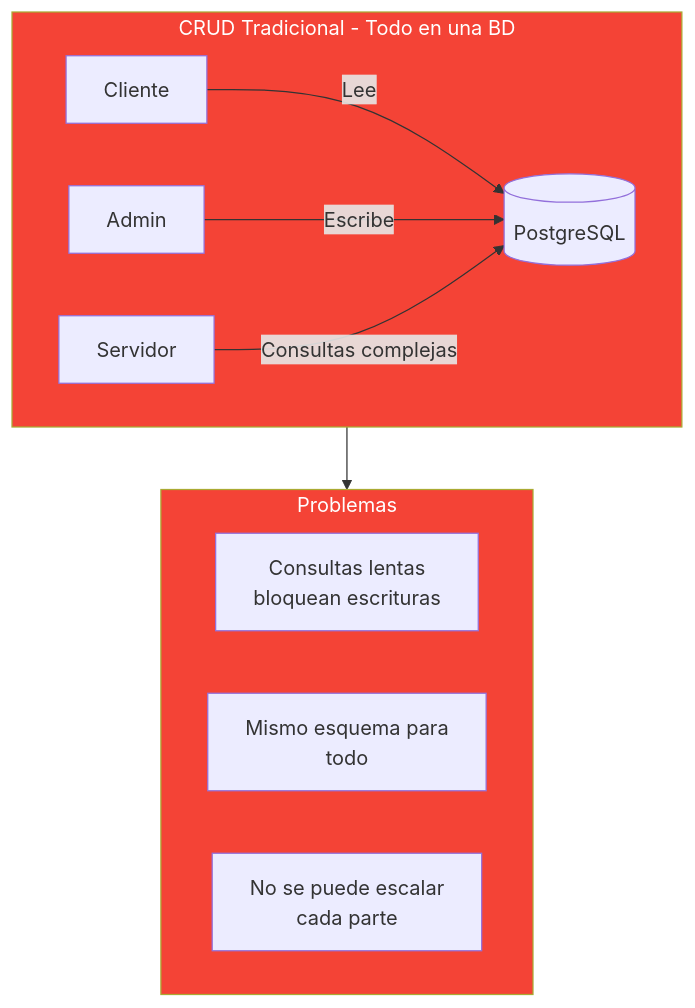
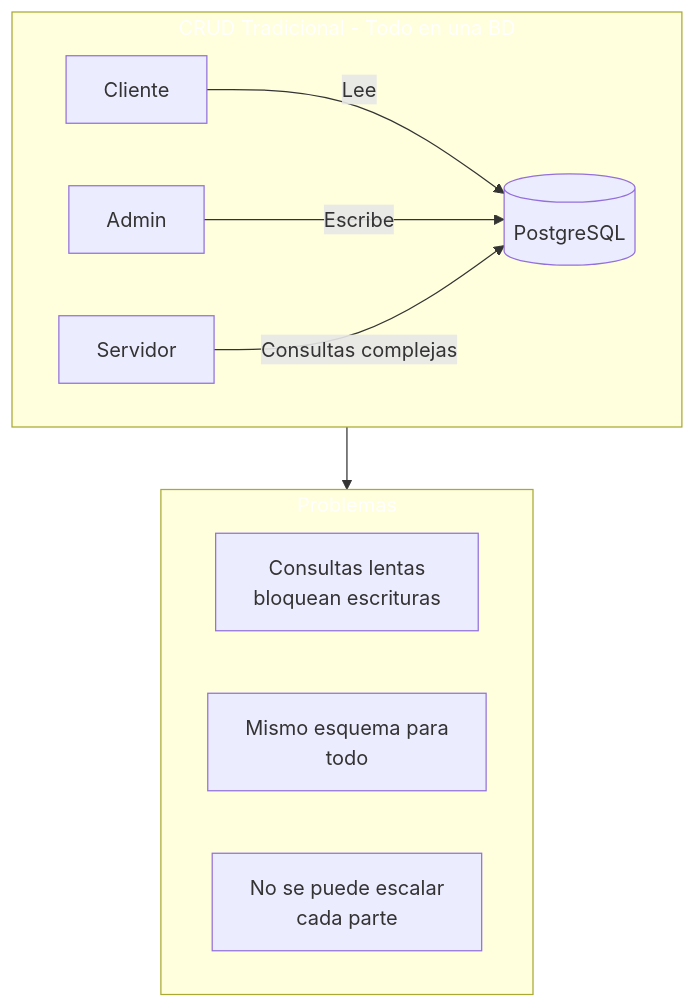
Before and after one commit to joseluisgs/DesarrolloWebEntornosServidor-02-2026-2027: the third of 24 diagrams in 30-cqrs-mediator.md, drawn with Mermaid. The commit also changed other lines of this file and 41 other files, not shown here.

````diff
--- a/30-cqrs-mediator.md
+++ b/30-cqrs-mediator.md
@@ -231,19 +231,19 @@
 ```mermaid
 flowchart TD
     subgraph TRADICIONAL["CRUD Tradicional - Todo en una BD"]
         A[Cliente] -->|Lee| B[(PostgreSQL)]
         C[Admin] -->|Escribe| B
         D[Servidor] -->|Consultas complejas| B
     end
 
     subgraph PROBLEMAS["Problemas"]
         P1["Consultas lentas\nbloquean escrituras"]
         P2["Mismo esquema para\ntodo"]
         P3["No se puede escalar\ncada parte"]
     end
 
     TRADICIONAL --> PROBLEMAS
 
-    style TRADICIONAL fill:#f44336,color:#fff
-    style PROBLEMAS fill:#f44336,color:#fff
+    style TRADICIONAL fill:#f4433,color:#fff6,color:#fff
+    style PROBLEMAS fill:#f4433,color:#fff6,color:#fff
 ```
````
